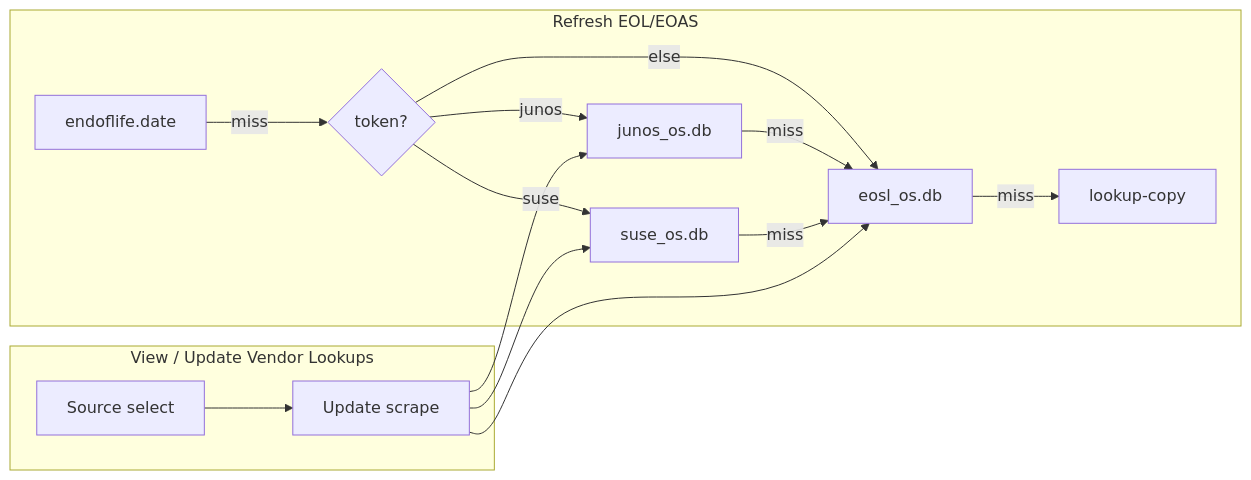
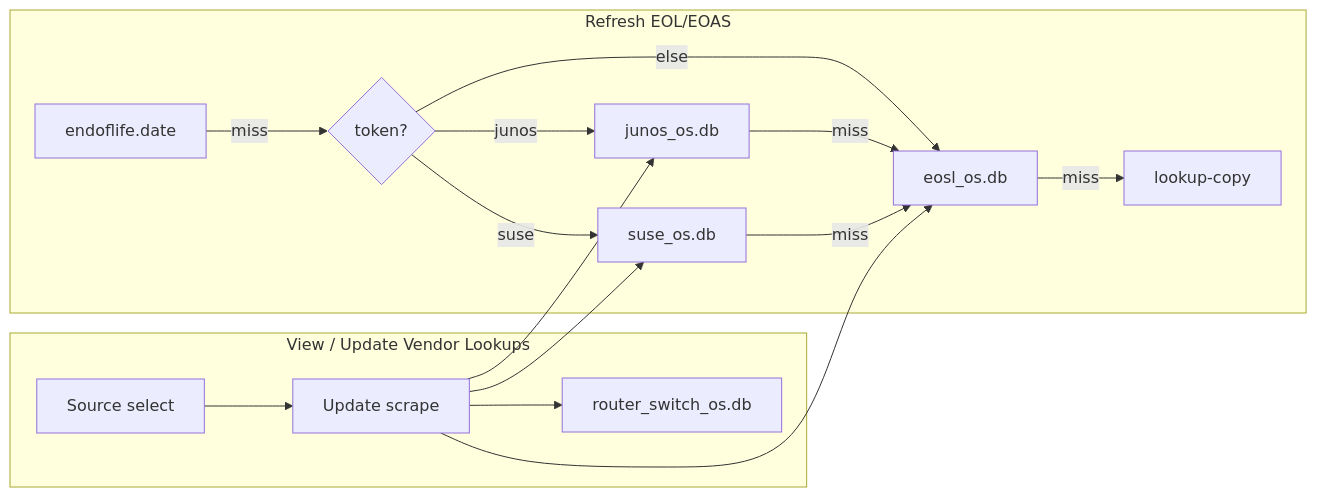
Before and after one commit to jibinge0rge/OS-Health-Check: the fifth of 7 diagrams in README.md, drawn with Mermaid. The commit also changed other lines of this file and 8 other files, not shown here.

First line of the commit message:
Add Router-Switch EOL support and enhance vendor lookup functionality

````diff
--- a/README.md
+++ b/README.md
@@ -298,19 +301,20 @@
 ```mermaid
 flowchart LR
   subgraph refresh [Refresh EOL/EOAS]
     A[endoflife.date] -->|miss| B{token?}
     B -->|junos| C[junos_os.db]
     B -->|suse| S[suse_os.db]
     B -->|else| D[eosl_os.db]
     C -->|miss| D
     S -->|miss| D
     D -->|miss| E[lookup-copy]
   end
 
   subgraph viewer [View / Update Vendor Lookups]
     V[Source select] --> U[Update scrape]
     U --> C
     U --> S
     U --> D
+    U --> RS[router_switch_os.db]
   end
 ```
````
